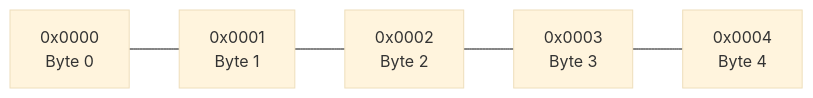
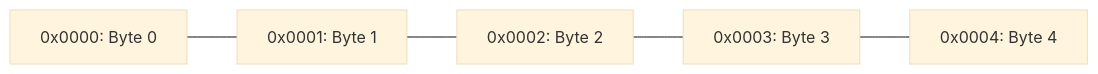
The first of 2 diagrams in src/content/docs/foundations/hardware-and-memory.mdx (AchuAshwath/Cthru-Python), drawn with Mermaid (base theme) before and after one commit. The commit also changed other lines of this file and 6 other files, not shown here.

Commit message:
docs: remove unquantified numbers from subheadings and apply mermaid writing standards

````diff
--- a/src/content/docs/foundations/hardware-and-memory.mdx
+++ b/src/content/docs/foundations/hardware-and-memory.mdx
@@ -14,10 +14,10 @@
 ```mermaid
 flowchart LR
-    B0["0x0000<br/>Byte 0"]
-    B1["0x0001<br/>Byte 1"]
-    B2["0x0002<br/>Byte 2"]
-    B3["0x0003<br/>Byte 3"]
-    B4["0x0004<br/>Byte 4"]
+    B0["0x0000: Byte 0"]
+    B1["0x0001: Byte 1"]
+    B2["0x0002: Byte 2"]
+    B3["0x0003: Byte 3"]
+    B4["0x0004: Byte 4"]
 
     B0 --- B1 --- B2 --- B3 --- B4
 ```
````
